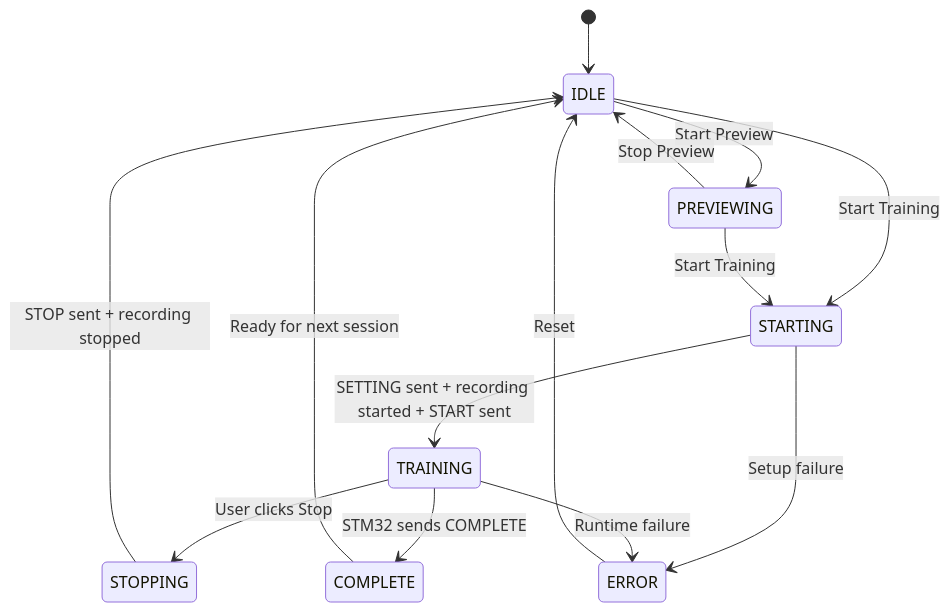
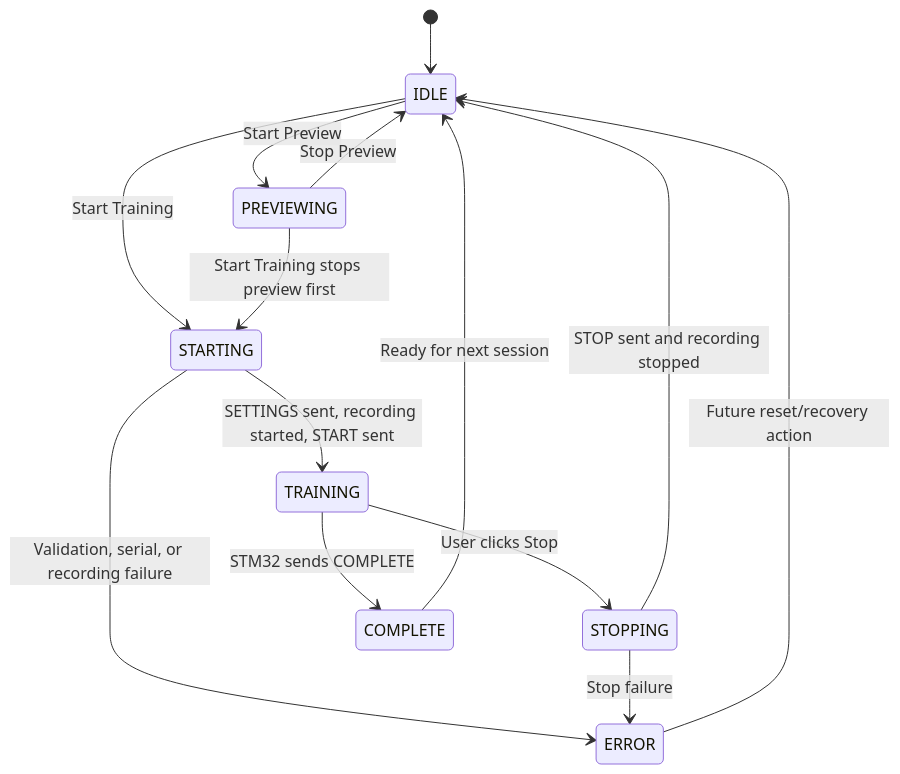
Before and after one commit to CoulterRolph/Capstone_Opencv: the second of 2 diagrams in jetson/docs/training_workflow.md, drawn with Mermaid. The commit also changed other lines of this file and 4 other files, not shown here.

````diff
--- a/jetson/docs/training_workflow.md
+++ b/jetson/docs/training_workflow.md
@@ -220,22 +213,22 @@
 ```mermaid
 stateDiagram-v2
     [*] --> IDLE
 
     IDLE --> PREVIEWING: Start Preview
     PREVIEWING --> IDLE: Stop Preview
 
     IDLE --> STARTING: Start Training
-    PREVIEWING --> STARTING: Start Training
+    PREVIEWING --> STARTING: Start Training stops preview first
 
-    STARTING --> TRAINING: SETTING sent + recording started + START sent
+    STARTING --> TRAINING: SETTINGS sent, recording started, START sent
+    STARTING --> ERROR: Validation, serial, or recording failure
 
     TRAINING --> STOPPING: User clicks Stop
-    STOPPING --> IDLE: STOP sent + recording stopped
+    STOPPING --> IDLE: STOP sent and recording stopped
+    STOPPING --> ERROR: Stop failure
 
     TRAINING --> COMPLETE: STM32 sends COMPLETE
     COMPLETE --> IDLE: Ready for next session
 
-    STARTING --> ERROR: Setup failure
-    TRAINING --> ERROR: Runtime failure
-    ERROR --> IDLE: Reset
+    ERROR --> IDLE: Future reset/recovery action
 ```
````
